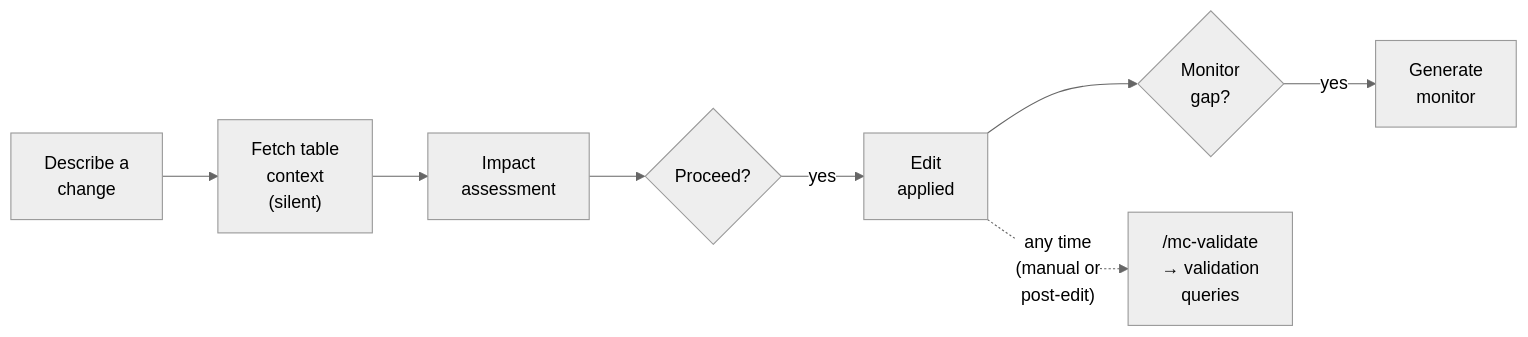
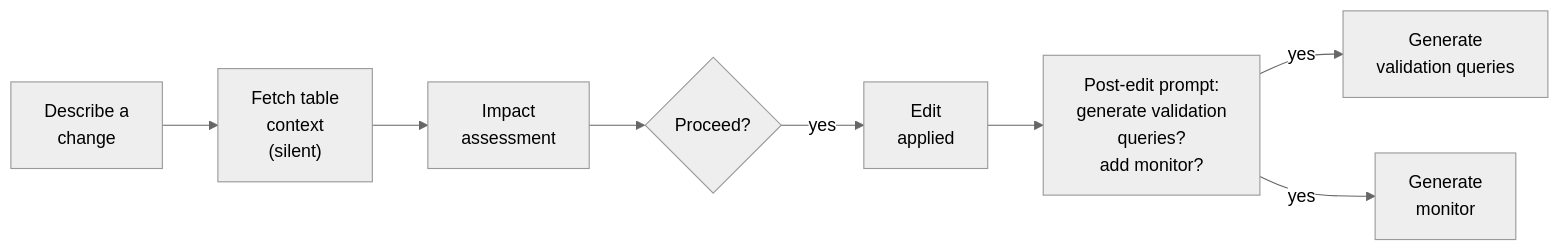
The diagram in skills/prevent/README.md (monte-carlo-data/mc-agent-toolkit), drawn with Mermaid (neutral theme) before and after one commit.

````diff
--- a/skills/prevent/README.md
+++ b/skills/prevent/README.md
@@ -69,10 +69,10 @@
 ```mermaid
 flowchart LR
     A["Describe a<br/>change"] --> B["Fetch table<br/>context<br/>(silent)"]
     B --> C["Impact<br/>assessment"]
     C --> D{"Proceed?"}
     D -- yes --> E["Edit<br/>applied"]
-    E --> F{"Monitor<br/>gap?"}
-    F -- yes --> G["Generate<br/>monitor"]
-    E -.->|"any time<br/>(manual or<br/>post-edit)"| H["/mc-validate<br/>→ validation<br/>queries"]
+    E --> P["Post-edit prompt:<br/>generate validation<br/>queries?<br/>add monitor?"]
+    P -- yes --> H["Generate<br/>validation queries"]
+    P -- yes --> G["Generate<br/>monitor"]
 ```
````
